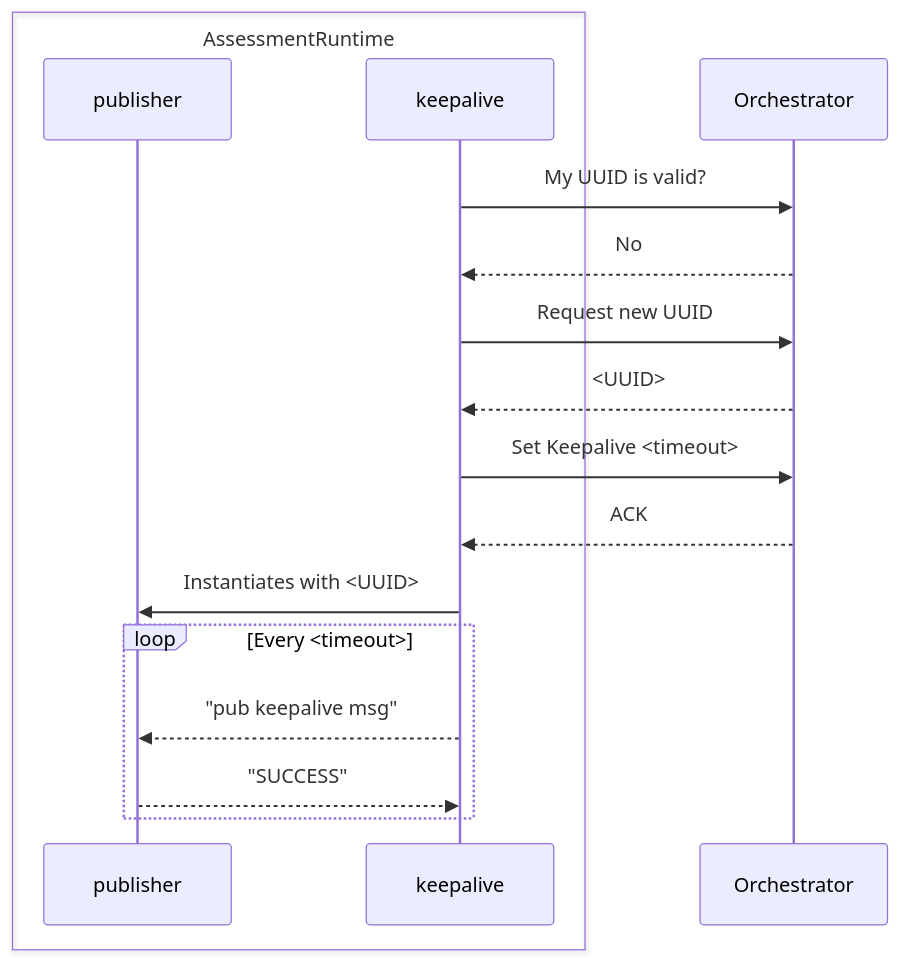
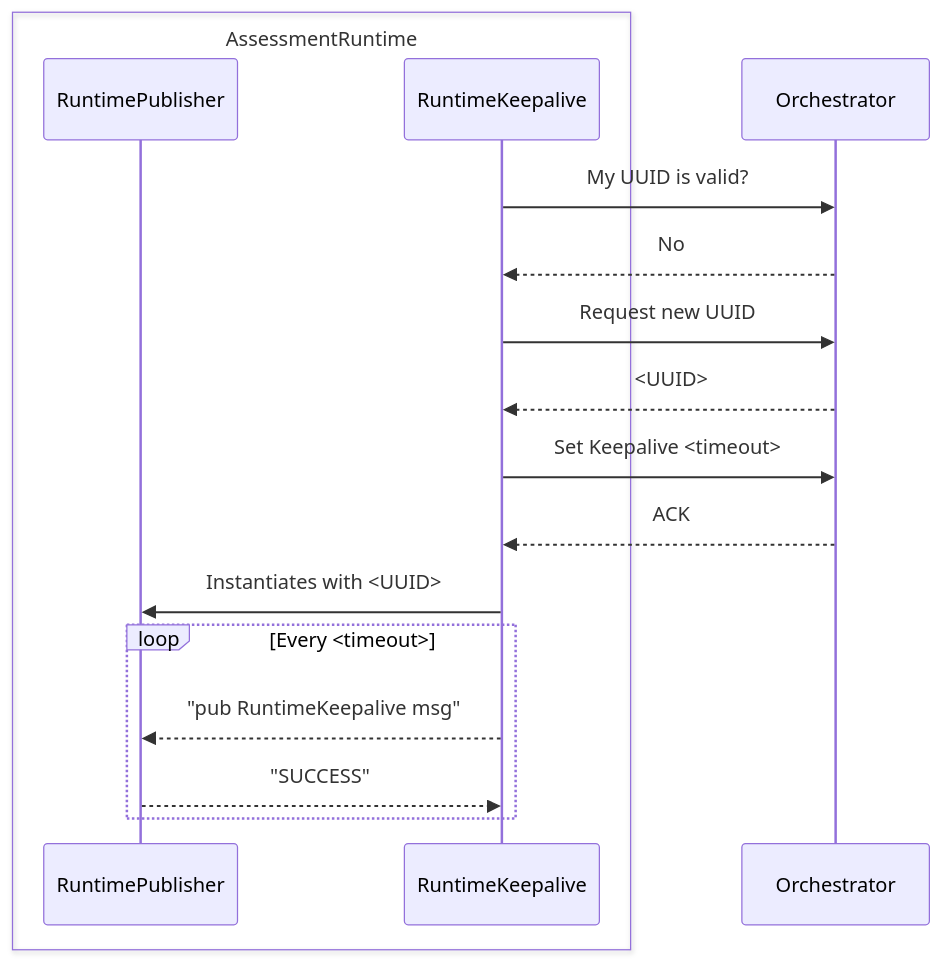
Before and after one commit to compliance-framework/website: the second of 4 diagrams in sequence_diagrams/ASSESSMENT_RUNTIME_DIAGRAMS.md, drawn with Mermaid. The commit also changed other lines of this file and 1 other file, not shown here.

````diff
--- a/sequence_diagrams/ASSESSMENT_RUNTIME_DIAGRAMS.md
+++ b/sequence_diagrams/ASSESSMENT_RUNTIME_DIAGRAMS.md
@@ -25,19 +25,19 @@
 ```mermaid
 sequenceDiagram
 box AssessmentRuntime
-    participant publisher
-    participant keepalive
+    participant RuntimePublisher
+    participant RuntimeKeepalive
 end
     participant Orchestrator
-    keepalive ->> Orchestrator: My UUID is valid?
-    Orchestrator -->> keepalive: No
-    keepalive ->> Orchestrator: Request new UUID
-    Orchestrator -->> keepalive: <UUID>
-    keepalive ->> Orchestrator: Set Keepalive <timeout>
-    Orchestrator -->> keepalive: ACK
-    keepalive ->> publisher: Instantiates with <UUID>
+    RuntimeKeepalive ->> Orchestrator: My UUID is valid?
+    Orchestrator -->> RuntimeKeepalive: No
+    RuntimeKeepalive ->> Orchestrator: Request new UUID
+    Orchestrator -->> RuntimeKeepalive: <UUID>
+    RuntimeKeepalive ->> Orchestrator: Set Keepalive <timeout>
+    Orchestrator -->> RuntimeKeepalive: ACK
+    RuntimeKeepalive ->> RuntimePublisher: Instantiates with <UUID>
     loop Every <timeout>
-    keepalive -->> publisher: "pub keepalive msg"
-    publisher -->> keepalive: "SUCCESS"
+    RuntimeKeepalive -->> RuntimePublisher: "pub RuntimeKeepalive msg"
+    RuntimePublisher -->> RuntimeKeepalive: "SUCCESS"
     end
 ```
````
